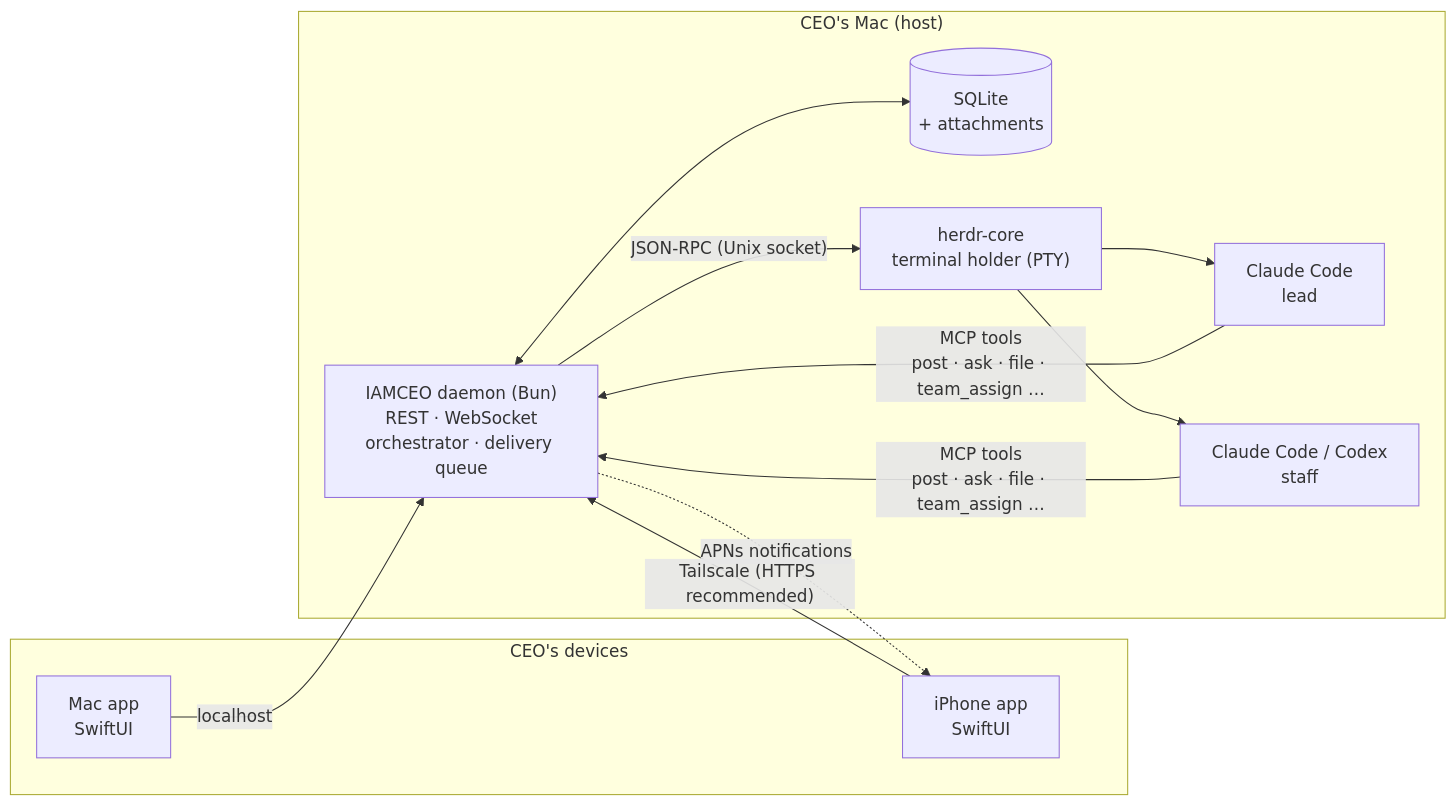
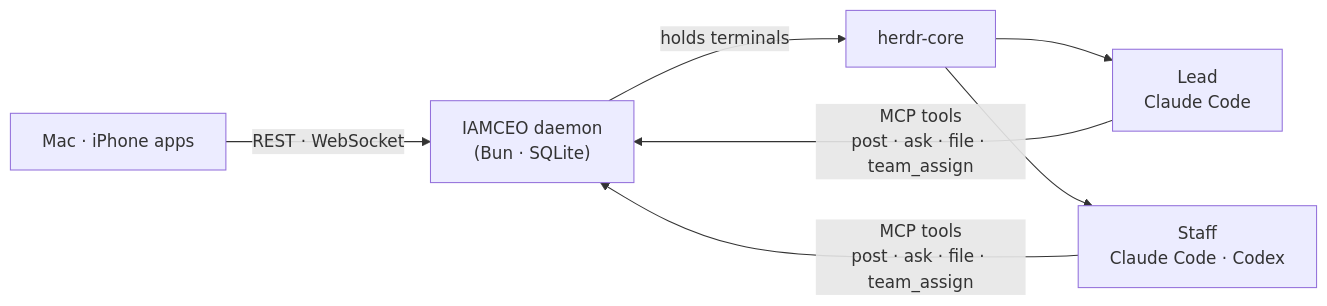
The diagram in README.md (yehsung/IAMCEO), drawn with Mermaid before and after one commit. The commit also changed other lines of this file and 7 other files, not shown here.

````diff
--- a/README.md
+++ b/README.md
@@ -109,21 +65,7 @@
 ```mermaid
 flowchart LR
-    subgraph Devices["CEO's devices"]
-        MAC["Mac app<br/>SwiftUI"]
-        IOS["iPhone app<br/>SwiftUI"]
-    end
-    subgraph Host["CEO's Mac (host)"]
-        D["IAMCEO daemon (Bun)<br/>REST · WebSocket<br/>orchestrator · delivery queue"]
-        DB[("SQLite<br/>+ attachments")]
-        CORE["herdr-core<br/>terminal holder (PTY)"]
-        CLI1["Claude Code<br/>lead"]
-        CLI2["Claude Code / Codex<br/>staff"]
-        D <--> DB
-        D -- "JSON-RPC (Unix socket)" --> CORE
-        CORE --> CLI1 & CLI2
-        CLI1 & CLI2 -- "MCP tools<br/>post · ask · file · team_assign …" --> D
-    end
-    MAC -- "localhost" --> D
-    IOS -- "Tailscale (HTTPS recommended)" --> D
-    D -. "APNs notifications" .-> IOS
+    APP["Mac · iPhone apps"] -- "REST · WebSocket" --> D["IAMCEO daemon<br/>(Bun · SQLite)"]
+    D -- "holds terminals" --> CORE["herdr-core"]
+    CORE --> L["Lead<br/>Claude Code"] & W["Staff<br/>Claude Code · Codex"]
+    L & W -- "MCP tools<br/>post · ask · file · team_assign" --> D
 ```
````
